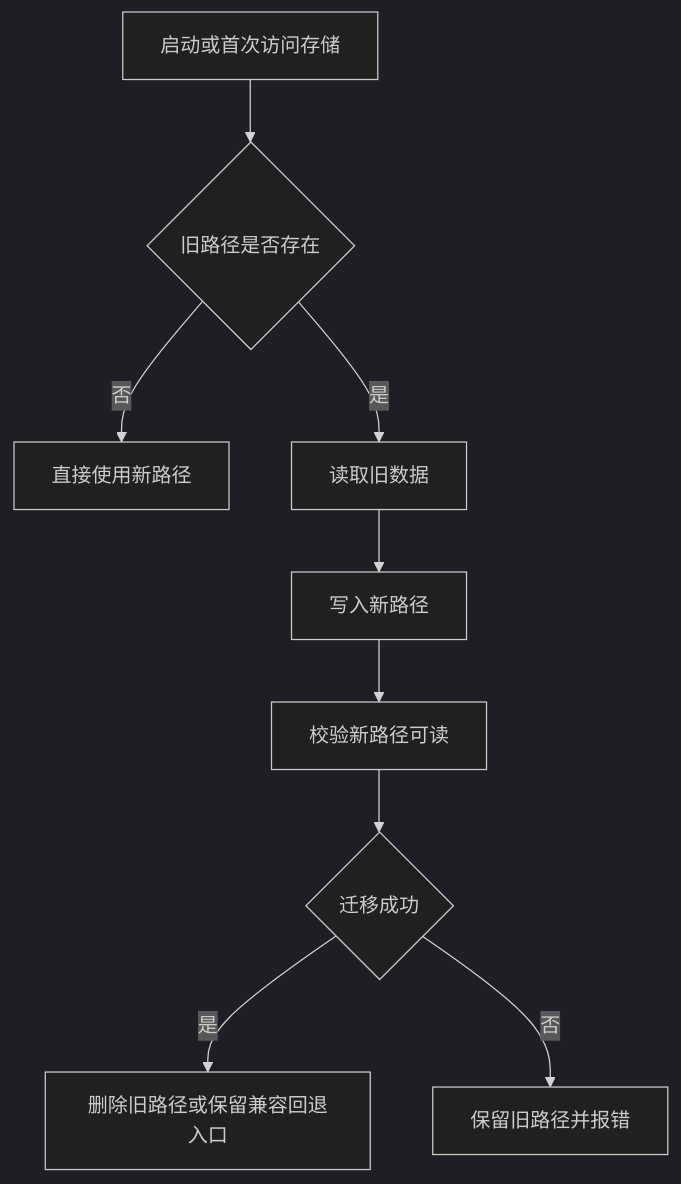
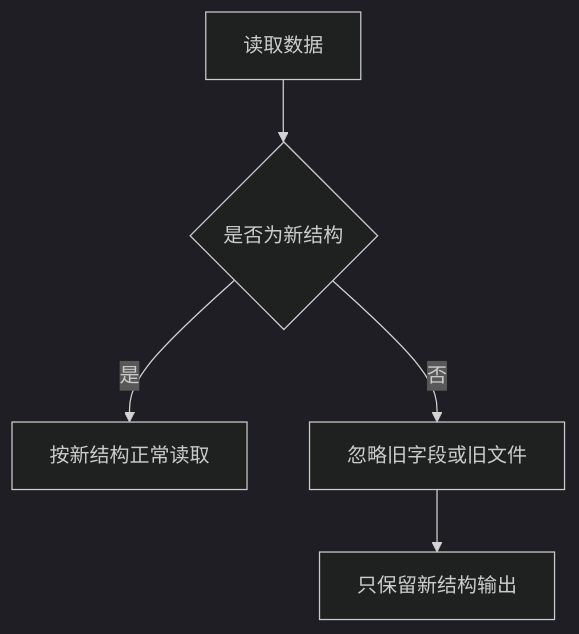
Before and after one commit to CBookShu/tomato_app: the second of 3 diagrams in docs/superpowers/specs/2026-05-15-storage-settings-redesign.md, drawn with Mermaid (dark theme). The commit also changed other lines of this file, not shown here.

````diff
--- a/docs/superpowers/specs/2026-05-15-storage-settings-redesign.md
+++ b/docs/superpowers/specs/2026-05-15-storage-settings-redesign.md
@@ -101,11 +104,7 @@
 ```mermaid
 flowchart TD
-  A[启动或首次访问存储] --> B{旧路径是否存在}
-  B -- 否 --> C[直接使用新路径]
-  B -- 是 --> D[读取旧数据]
-  D --> E[写入新路径]
-  E --> F[校验新路径可读]
-  F --> G{迁移成功}
-  G -- 是 --> H[删除旧路径或保留兼容回退入口]
-  G -- 否 --> I[保留旧路径并报错]
+  A[读取数据] --> B{是否为新结构}
+  B -- 是 --> C[按新结构正常读取]
+  B -- 否 --> D[忽略旧字段或旧文件]
+  D --> E[只保留新结构输出]
 ```
````
